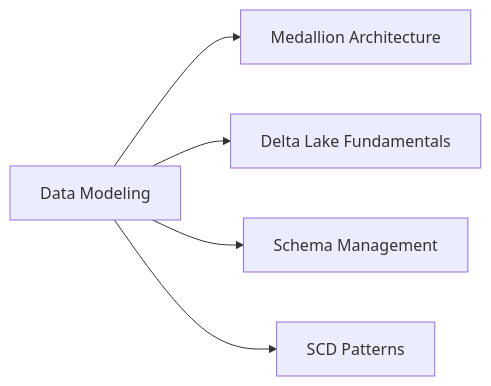
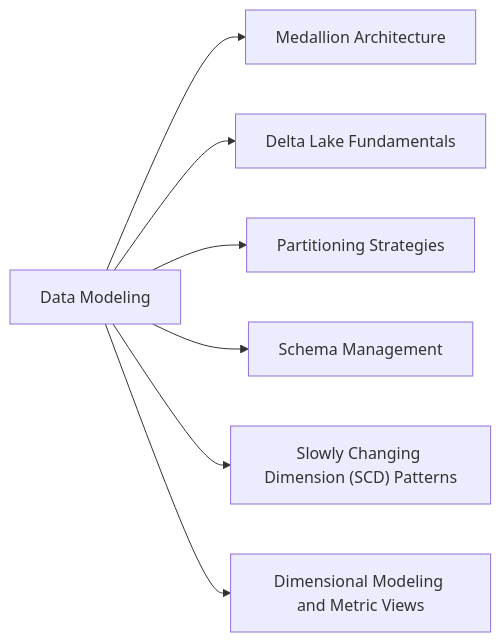
Before and after one commit to kengio/databricks-certification-study-guide: the diagram in certifications/data-engineer-professional/09-data-modeling/README.md, drawn with Mermaid. The commit also changed other lines of this file and 108 other files, not shown here.

````diff
--- a/certifications/data-engineer-professional/09-data-modeling/README.md
+++ b/certifications/data-engineer-professional/09-data-modeling/README.md
@@ -17,7 +18,10 @@
 ```mermaid
 flowchart LR
-    DM[Data Modeling] --> Medal[Medallion Architecture]
-    DM --> DL[Delta Lake Fundamentals]
-    DM --> Schema[Schema Management]
-    DM --> SCD[SCD Patterns]
+    D[Data Modeling]
+    D --> T1["Medallion Architecture"]
+    D --> T2["Delta Lake Fundamentals"]
+    D --> T3["Partitioning Strategies"]
+    D --> T4["Schema Management"]
+    D --> T5["Slowly Changing Dimension (SCD) Patterns"]
+    D --> T6["Dimensional Modeling and Metric Views"]
 ```
````
